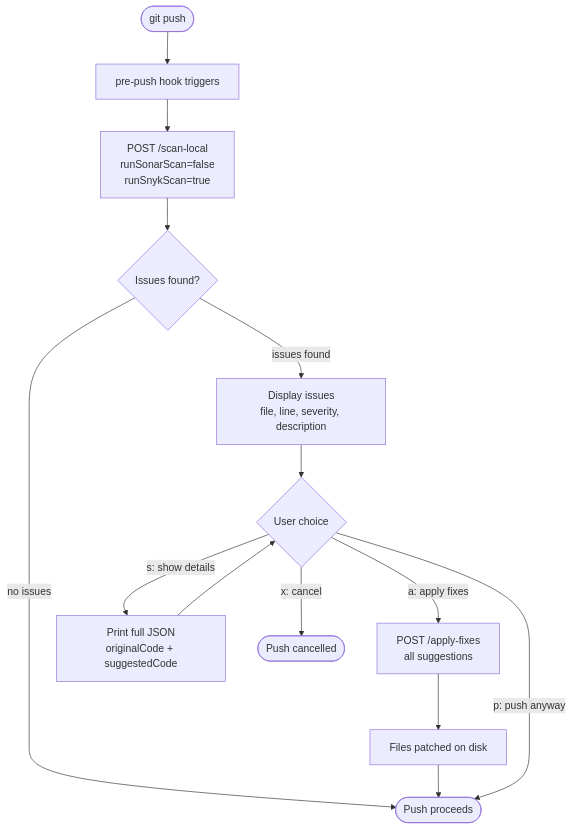
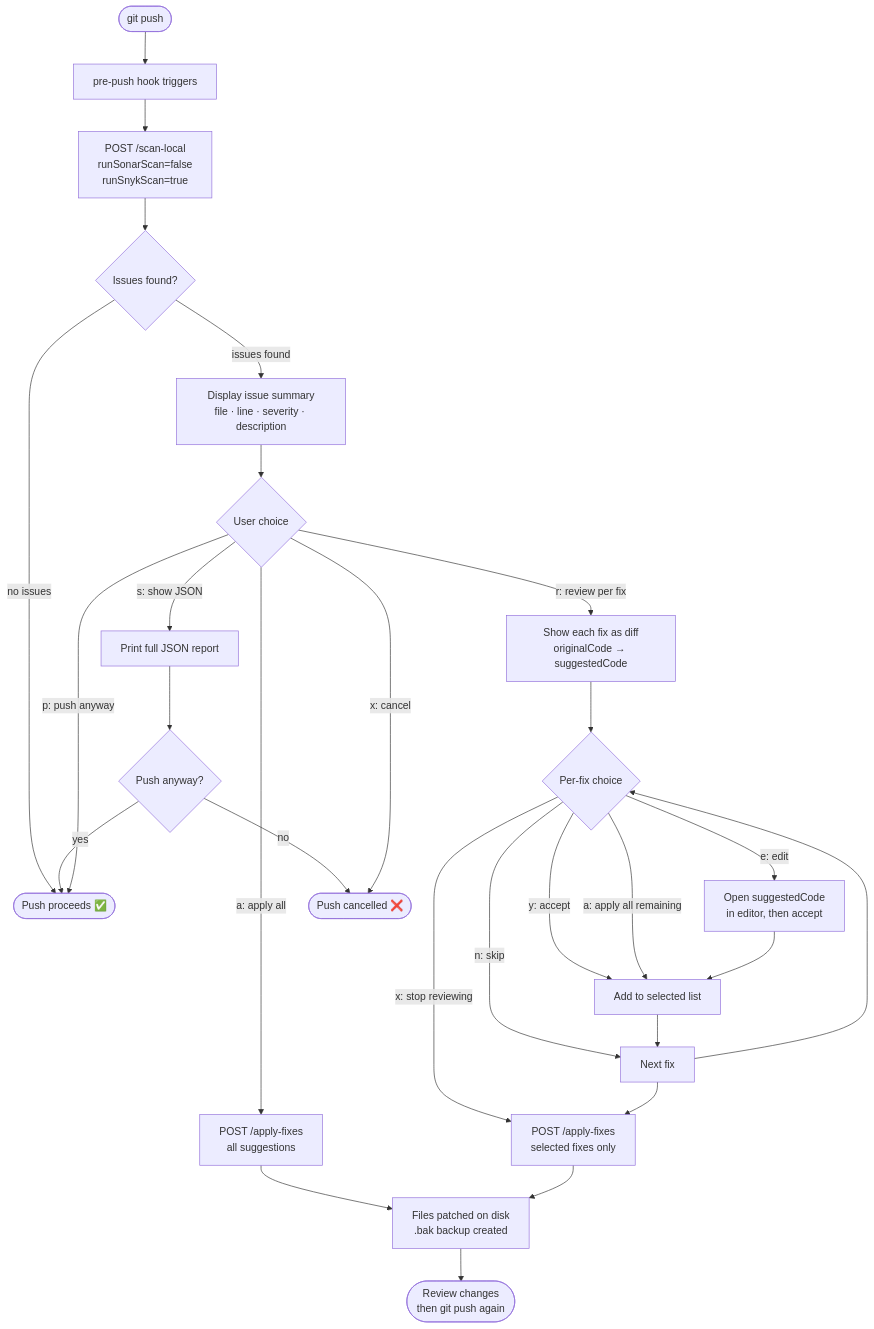
The fifth of 6 diagrams in LOCAL_SCAN_GUIDE.md (EnterprisAI/LocalDevScanMcpDemo), drawn with Mermaid before and after one commit. The commit also changed 2 other files, not shown here.

Commit message:
Add per-fix review and improve pre-push UX
Introduce an interactive per-fix review workflow and various UX improvements across docs and the pre-push hook. Updates include:

- hooks/pre-push.sh: replace install note, check /scan-local endpoint, add cleanup trap and extra colours, default runSonarScan=false, improved JSON parsing and pretty-print output (icons, source). Add show_diff and do_apply helpers, implement interactive per-fix review (accept/skip/edit/apply-all/stop), apply-selected and apply-all flows, better apply status reporting, and block push after applying so devs can review changes before re-pushing. Provides a node fallback path and clearer exit behavior.
- README.md and LOCAL_SCAN_GUIDE.md: update docs/flowchart to describe new menu options ([r] review per fix, [a] apply all, [s] show JSON, [p] push anyway, [x] cancel) and explain behavior after fixes are applied.

These changes let developers review and edit LLM-generated fixes one-by-one, improving control and safety when applying automated suggestions.

````diff
--- a/LOCAL_SCAN_GUIDE.md
+++ b/LOCAL_SCAN_GUIDE.md
@@ -375,16 +375,34 @@
 ```mermaid
 flowchart TD
     A([git push]) --> B[pre-push hook triggers]
     B --> C[POST /scan-local\nrunSonarScan=false\nrunSnykScan=true]
     C --> D{Issues found?}
-    D -- no issues --> E([Push proceeds])
-    D -- issues found --> F[Display issues\nfile, line, severity, description]
+    D -- no issues --> E([Push proceeds ✅])
+    D -- issues found --> F[Display issue summary\nfile · line · severity · description]
     F --> G{User choice}
-    G -- a: apply fixes --> H[POST /apply-fixes\nall suggestions]
-    H --> I[Files patched on disk]
-    I --> E
-    G -- s: show details --> J[Print full JSON\noriginalCode + suggestedCode]
-    J --> G
+
+    G -- r: review per fix --> R[Show each fix as diff\noriginalCode → suggestedCode]
+    R --> RC{Per-fix choice}
+    RC -- y: accept --> SEL[Add to selected list]
+    RC -- n: skip --> NEXT[Next fix]
+    RC -- e: edit --> EDIT[Open suggestedCode\nin editor, then accept]
+    RC -- a: apply all remaining --> SEL
+    RC -- x: stop reviewing --> APPLY
+    SEL --> NEXT
+    NEXT --> RC
+    NEXT --> APPLY[POST /apply-fixes\nselected fixes only]
+    EDIT --> SEL
+
+    G -- a: apply all --> H[POST /apply-fixes\nall suggestions]
+    G -- s: show JSON --> J[Print full JSON report]
+    J --> JP{Push anyway?}
+    JP -- yes --> E
+    JP -- no --> K
+
+    H --> I[Files patched on disk\n.bak backup created]
+    APPLY --> I
+    I --> REV([Review changes\nthen git push again])
+
     G -- p: push anyway --> E
-    G -- x: cancel --> K([Push cancelled])
+    G -- x: cancel --> K([Push cancelled ❌])
 ```
````
